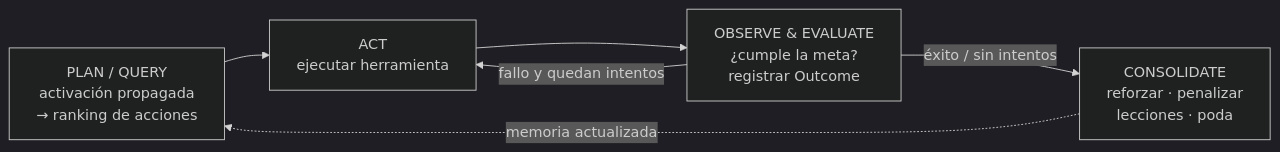
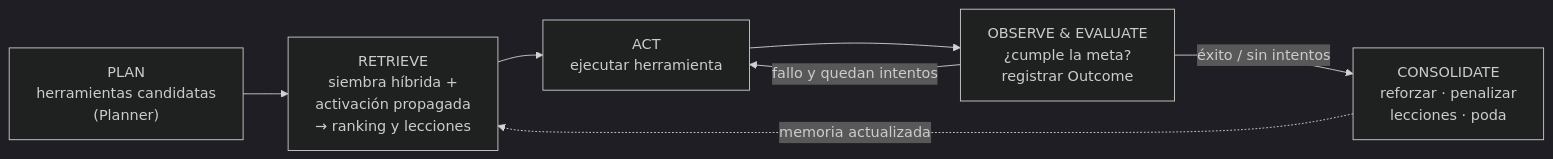
Before and after one commit to cherrera0001/Agents_Learning_Loops: the second of 2 diagrams in README.md, drawn with Mermaid (dark theme). The commit also changed other lines of this file and 8 other files, not shown here.

````diff
--- a/README.md
+++ b/README.md
@@ -80,8 +86,9 @@
 ```mermaid
 flowchart LR
-    P["PLAN / QUERY<br/>activación propagada<br/>→ ranking de acciones"] --> A["ACT<br/>ejecutar herramienta"]
+    P["PLAN<br/>herramientas candidatas<br/>(Planner)"] --> R["RETRIEVE<br/>siembra híbrida +<br/>activación propagada<br/>→ ranking y lecciones"]
+    R --> A["ACT<br/>ejecutar herramienta"]
     A --> O["OBSERVE & EVALUATE<br/>¿cumple la meta?<br/>registrar Outcome"]
     O -- "fallo y quedan intentos" --> A
     O -- "éxito / sin intentos" --> C["CONSOLIDATE<br/>reforzar · penalizar<br/>lecciones · poda"]
-    C -. "memoria actualizada" .-> P
+    C -. "memoria actualizada" .-> R
 ```
````
